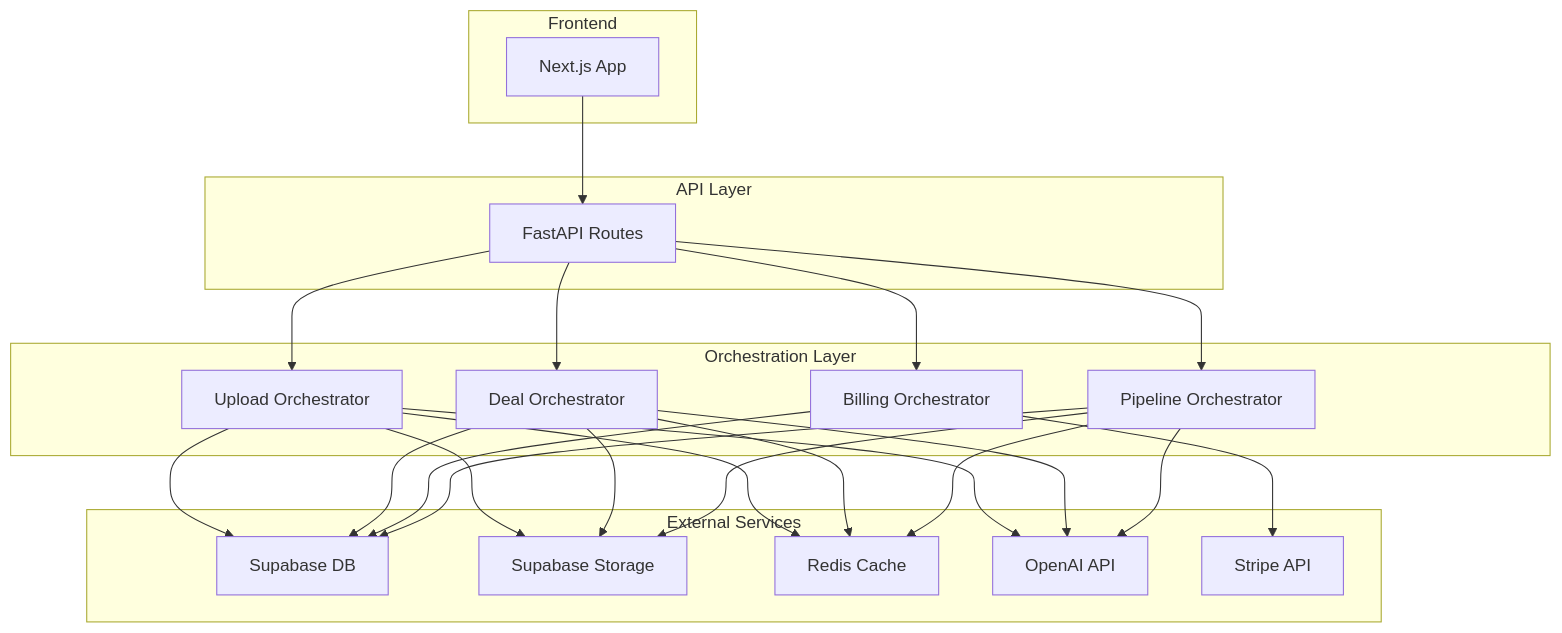
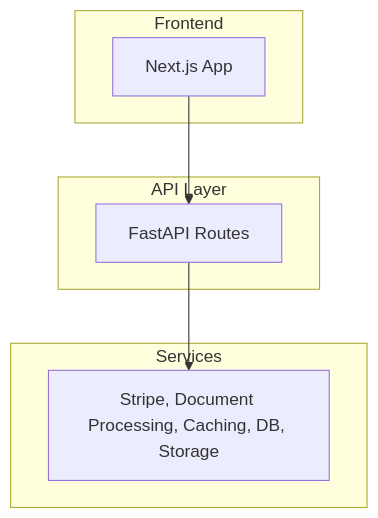
Before and after one commit to into-the-mehtaverse/dealq-showcase: the diagram in README.md, drawn with Mermaid.

Commit message:
ultimate simple read me

````diff
--- a/README.md
+++ b/README.md
@@ -39,46 +39,17 @@
 ```mermaid
 graph TB
     subgraph "Frontend"
         A[Next.js App]
     end
 
     subgraph "API Layer"
         B[FastAPI Routes]
     end
 
-    subgraph "Orchestration Layer"
-        C[Upload Orchestrator]
-        D[Deal Orchestrator]
-        E[Billing Orchestrator]
-        F[Pipeline Orchestrator]
-    end
-
-    subgraph "External Services"
-        G[Supabase DB]
-        H[Supabase Storage]
-        I[Redis Cache]
-        J[OpenAI API]
-        K[Stripe API]
+    subgraph "Services"
+        C[Stripe, Document Processing, Caching, DB, Storage]
     end
 
     A --> B
     B --> C
-    B --> D
-    B --> E
-    B --> F
-
-    C --> G
-    C --> H
-    C --> I
-    C --> J
-    D --> G
-    D --> H
-    D --> I
-    D --> J
-    E --> K
-    E --> G
-    F --> G
-    F --> H
-    F --> I
-    F --> J
 ```
````
